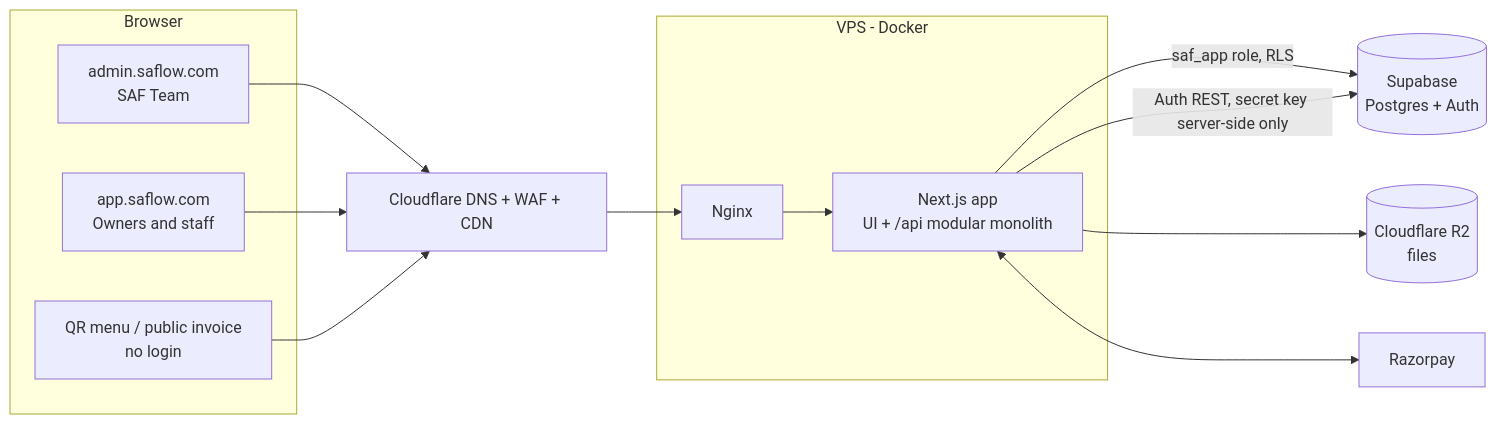
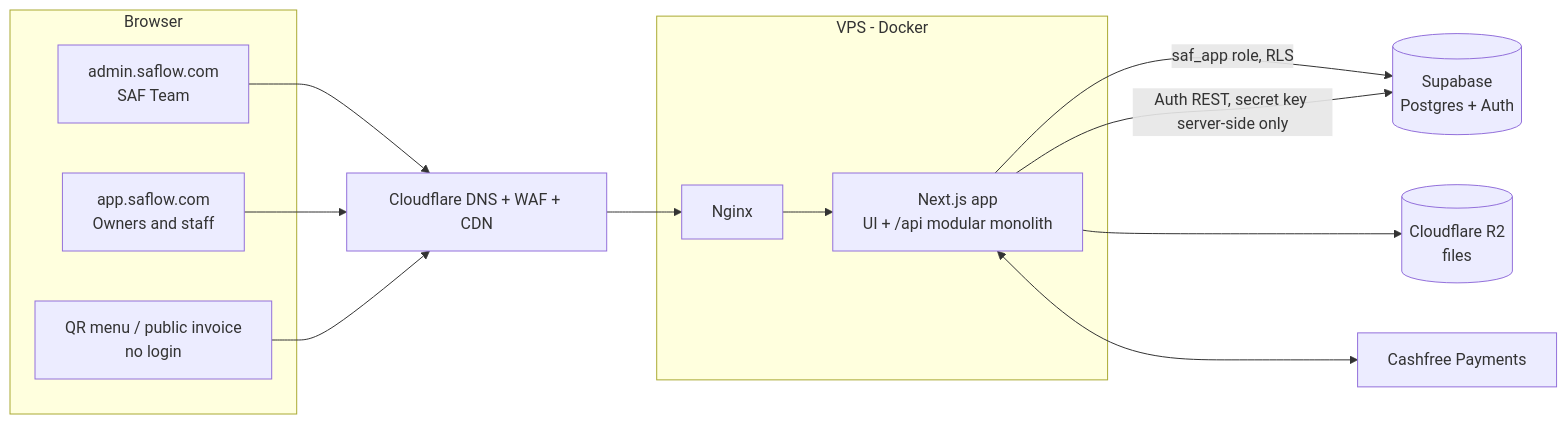
One commit to Abdul07-bit/SAF-FLOW changed the first of 3 diagrams in docs/SAF-FLOW-ARCHITECTURE.md. Above: the diagram before and after it, drawn with Mermaid. The commit also changed other lines of this file and 59 other files, not shown here.

Commit message:
Snapshot: SAF Flow Phase 2-3 work in progress (logo, theme, Cashfree, SAF Team) before security hardening

````diff
--- a/docs/SAF-FLOW-ARCHITECTURE.md
+++ b/docs/SAF-FLOW-ARCHITECTURE.md
@@ -49,21 +49,21 @@
 ```mermaid
 flowchart LR
   subgraph Browser
     A[admin.saflow.com<br/>SAF Team]
     C[app.saflow.com<br/>Owners and staff]
     Q[QR menu / public invoice<br/>no login]
   end
   CF[Cloudflare DNS + WAF + CDN]
   subgraph VPS[VPS - Docker]
     N[Nginx]
     APP[Next.js app<br/>UI + /api modular monolith]
   end
   SB[(Supabase<br/>Postgres + Auth)]
   R2[(Cloudflare R2<br/>files)]
-  RZ[Razorpay]
+  CFP[Cashfree Payments]
   A & C & Q --> CF --> N --> APP
   APP -- saf_app role, RLS --> SB
   APP -- Auth REST, secret key server-side only --> SB
   APP --> R2
-  APP <--> RZ
+  APP <--> CFP
 ```
````
